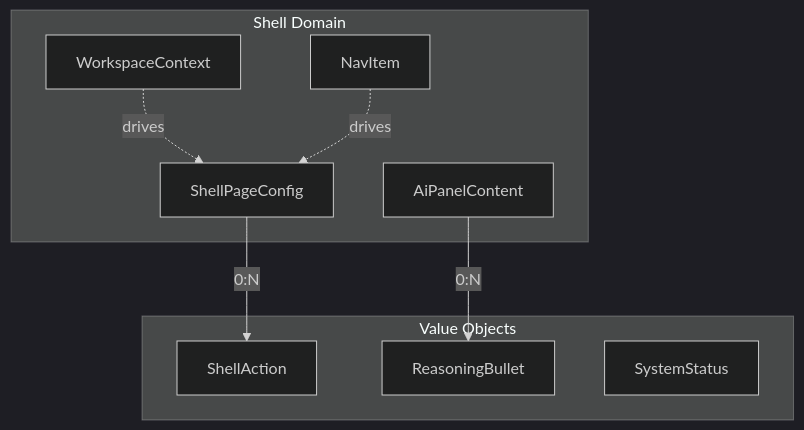
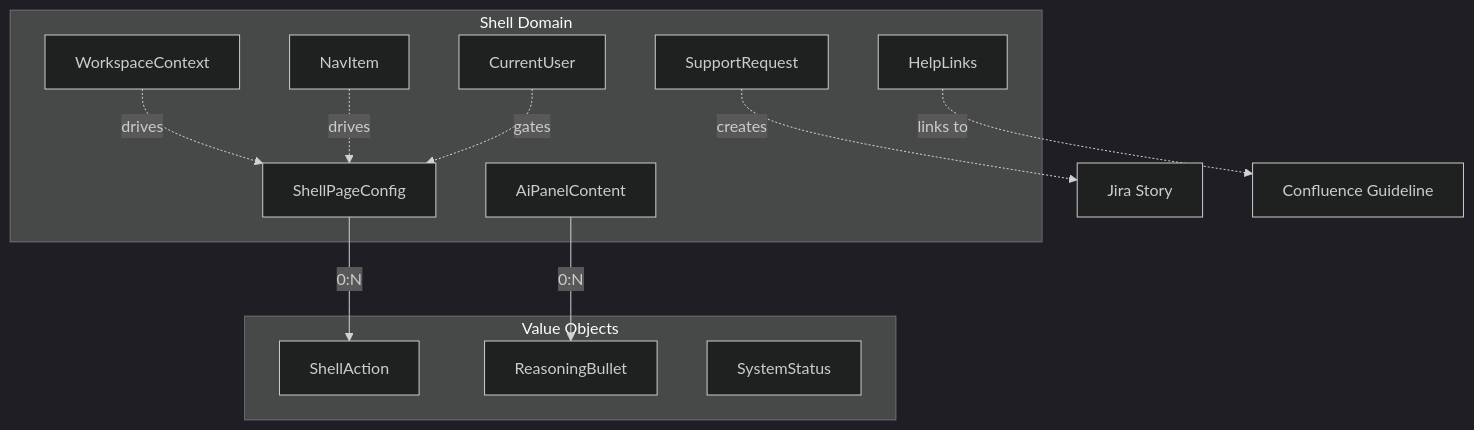
Before and after one commit to wwa-lab/Agentic-SDLC-Control-Tower: the first of 4 diagrams in docs/04-architecture/shared-app-shell-data-model.md, drawn with Mermaid (dark theme). The commit also changed other lines of this file and 88 other files, not shown here.

````diff
--- a/docs/04-architecture/shared-app-shell-data-model.md
+++ b/docs/04-architecture/shared-app-shell-data-model.md
@@ -19,20 +19,26 @@
 ```mermaid
 graph TD
     subgraph Shell["Shell Domain"]
         WC["WorkspaceContext"]
         NI["NavItem"]
         SPC["ShellPageConfig"]
         APC["AiPanelContent"]
+        CU["CurrentUser"]
+        SR["SupportRequest"]
+        HL["HelpLinks"]
     end
 
     subgraph ValueObjects["Value Objects"]
         SA["ShellAction"]
         RB["ReasoningBullet"]
         SS["SystemStatus"]
     end
 
     SPC -->|"0:N"| SA
     APC -->|"0:N"| RB
     WC -.->|"drives"| SPC
     NI -.->|"drives"| SPC
+    CU -.->|"gates"| SPC
+    SR -.->|"creates"| JIRA["Jira Story"]
+    HL -.->|"links to"| CONF["Confluence Guideline"]
 ```
````
